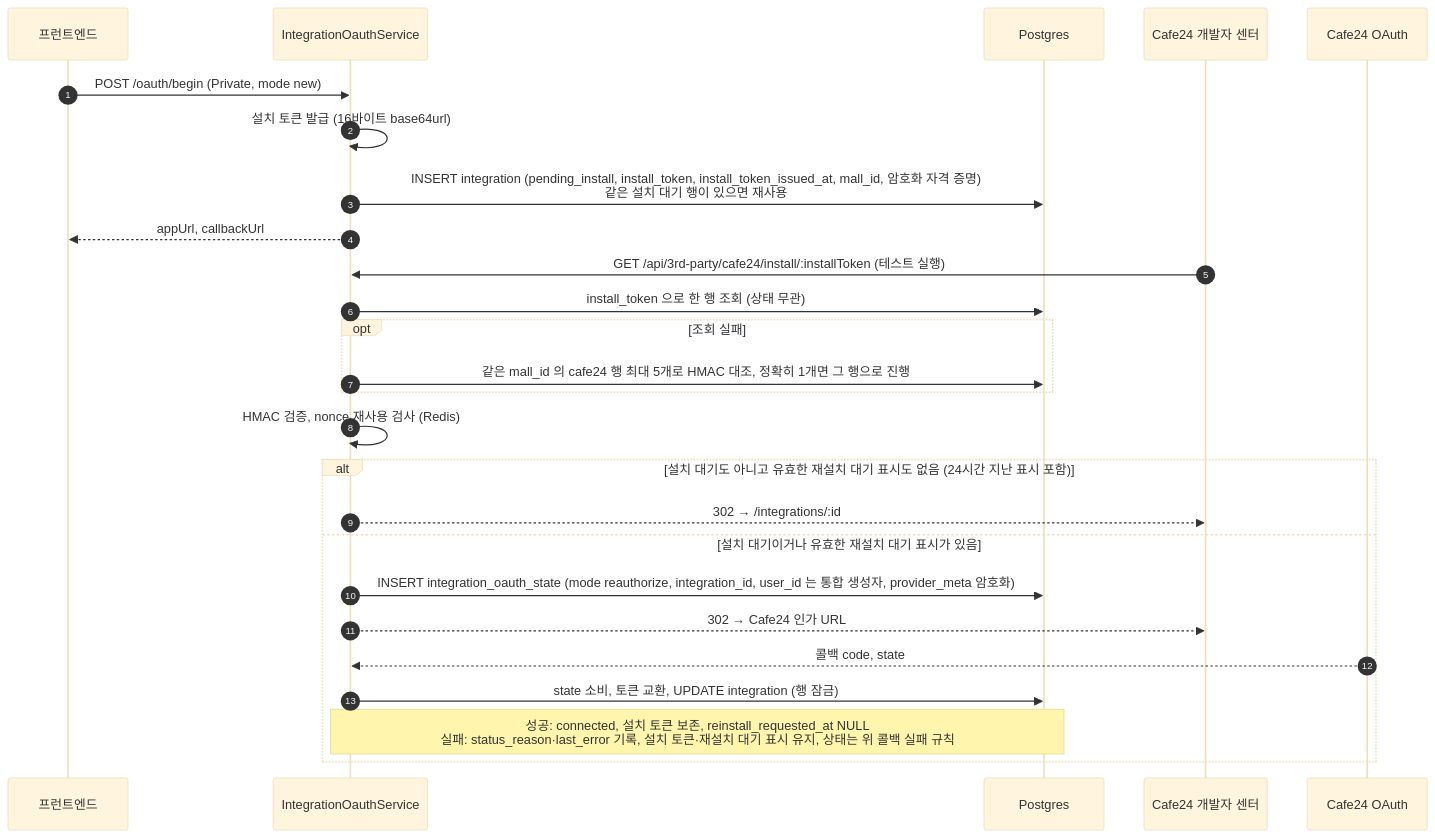
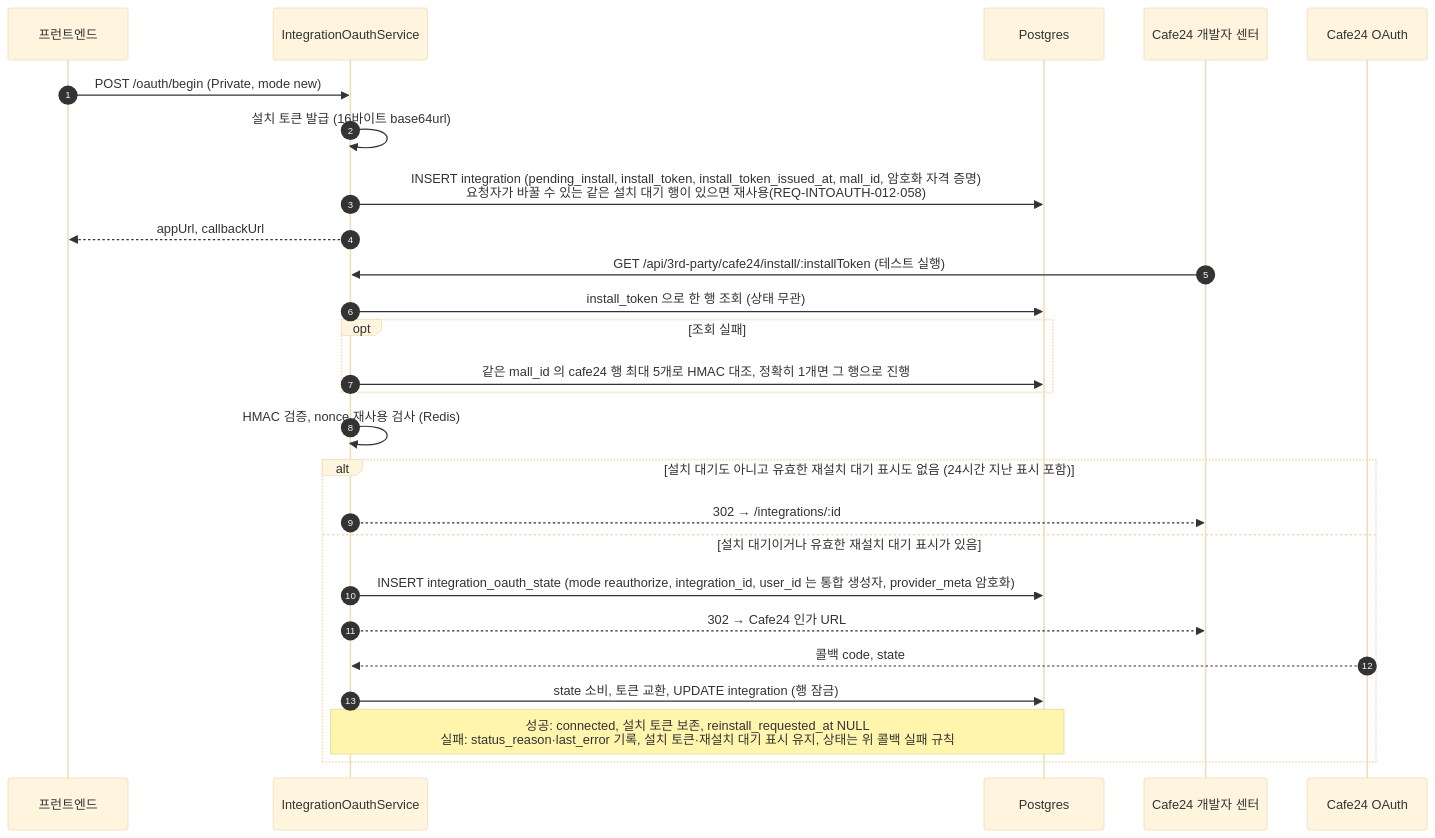
One commit to worker-ants/clemvion changed the fourth of 6 diagrams in spec/CLE-INT/CLE-INT-DATA.md. Above: the diagram before and after it, drawn with Mermaid (base theme). The commit also changed other lines of this file and 20 other files, not shown here.

````diff
--- a/spec/CLE-INT/CLE-INT-DATA.md
+++ b/spec/CLE-INT/CLE-INT-DATA.md
@@ -349,28 +349,28 @@
 ```mermaid
 sequenceDiagram
   autonumber
   participant FE as 프런트엔드
   participant Svc as IntegrationOauthService
   participant PG as Postgres
   participant CDev as Cafe24 개발자 센터
   participant Prov as Cafe24 OAuth
   FE->>Svc: POST /oauth/begin (Private, mode new)
   Svc->>Svc: 설치 토큰 발급 (16바이트 base64url)
-  Svc->>PG: INSERT integration (pending_install, install_token, install_token_issued_at, mall_id, 암호화 자격 증명)<br/>같은 설치 대기 행이 있으면 재사용
+  Svc->>PG: INSERT integration (pending_install, install_token, install_token_issued_at, mall_id, 암호화 자격 증명)<br/>요청자가 바꿀 수 있는 같은 설치 대기 행이 있으면 재사용(REQ-INTOAUTH-012·058)
   Svc-->>FE: appUrl, callbackUrl
   CDev->>Svc: GET /api/3rd-party/cafe24/install/:installToken (테스트 실행)
   Svc->>PG: install_token 으로 한 행 조회 (상태 무관)
   opt 조회 실패
     Svc->>PG: 같은 mall_id 의 cafe24 행 최대 5개로 HMAC 대조, 정확히 1개면 그 행으로 진행
   end
   Svc->>Svc: HMAC 검증, nonce 재사용 검사 (Redis)
   alt 설치 대기도 아니고 유효한 재설치 대기 표시도 없음 (24시간 지난 표시 포함)
     Svc-->>CDev: 302 → /integrations/:id
   else 설치 대기이거나 유효한 재설치 대기 표시가 있음
     Svc->>PG: INSERT integration_oauth_state (mode reauthorize, integration_id, user_id 는 통합 생성자, provider_meta 암호화)
     Svc-->>CDev: 302 → Cafe24 인가 URL
     Prov-->>Svc: 콜백 code, state
     Svc->>PG: state 소비, 토큰 교환, UPDATE integration (행 잠금)
     Note over Svc,PG: 성공: connected, 설치 토큰 보존, reinstall_requested_at NULL<br/>실패: status_reason·last_error 기록, 설치 토큰·재설치 대기 표시 유지, 상태는 위 콜백 실패 규칙
   end
 ```
````
